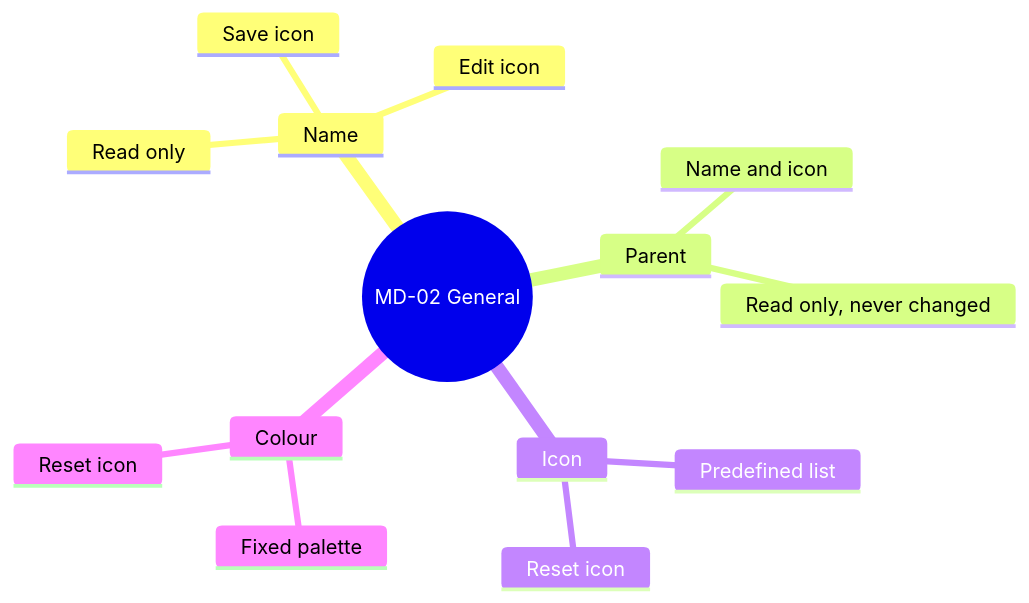
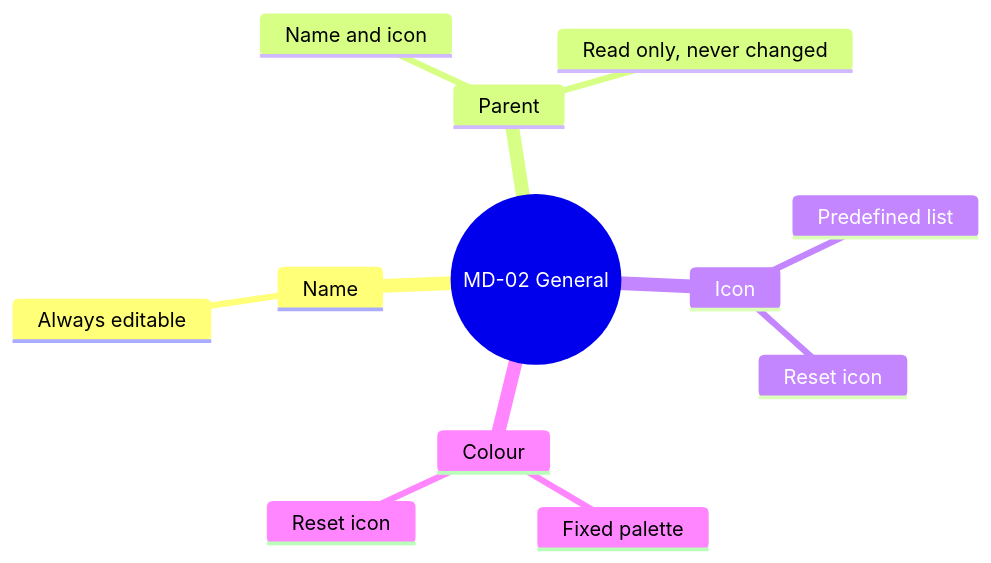
Before and after one commit to AlexandreGallais/synoptic-studio-spec: the third of 14 diagrams in screens/metadata.md, drawn with Mermaid. The commit also changed other lines of this file and 11 other files, not shown here.

First line of the commit message:
docs(metadata): replace edit and save with versions, rework signals and commands

````diff
--- a/screens/metadata.md
+++ b/screens/metadata.md
@@ -72,17 +73,15 @@
 ```mermaid
 mindmap
   root((MD-02 General))
     Name
-      Read only
-      Edit icon
-      Save icon
+      Always editable
     Parent
       Name and icon
       Read only, never changed
     Icon
       Predefined list
       Reset icon
     Colour
       Fixed palette
       Reset icon
 ```
````
